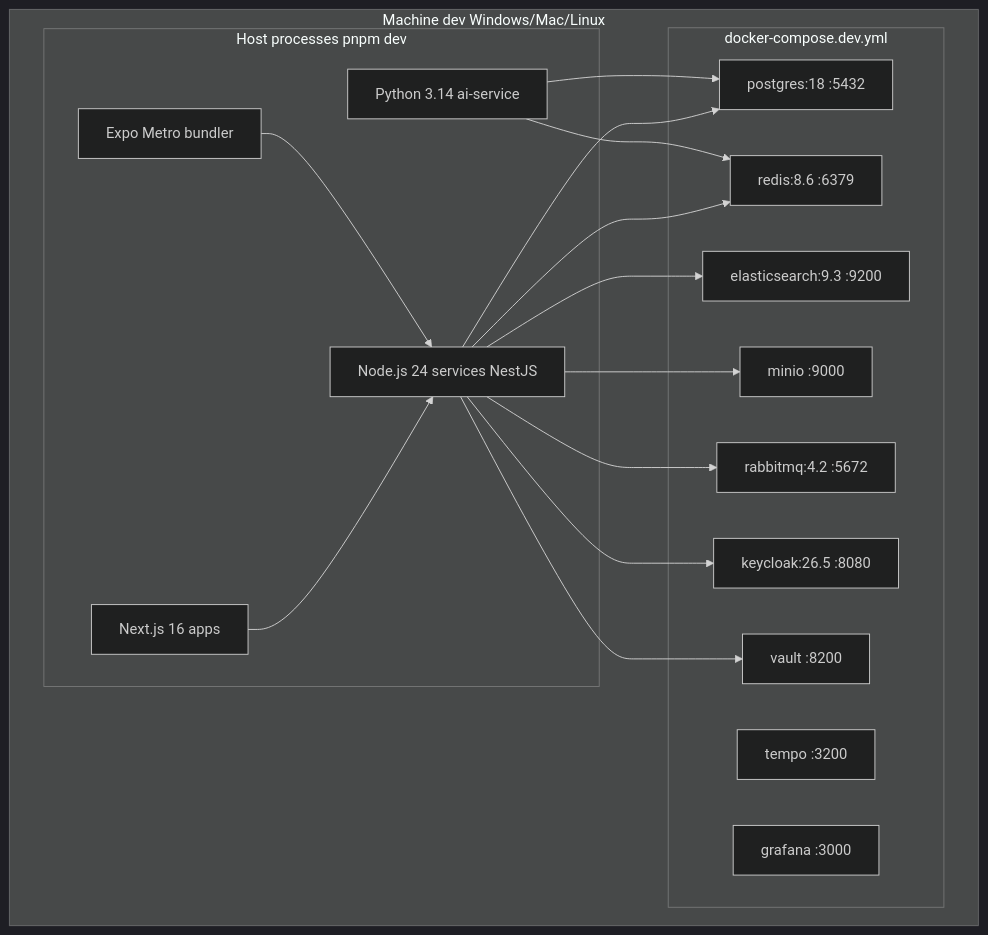
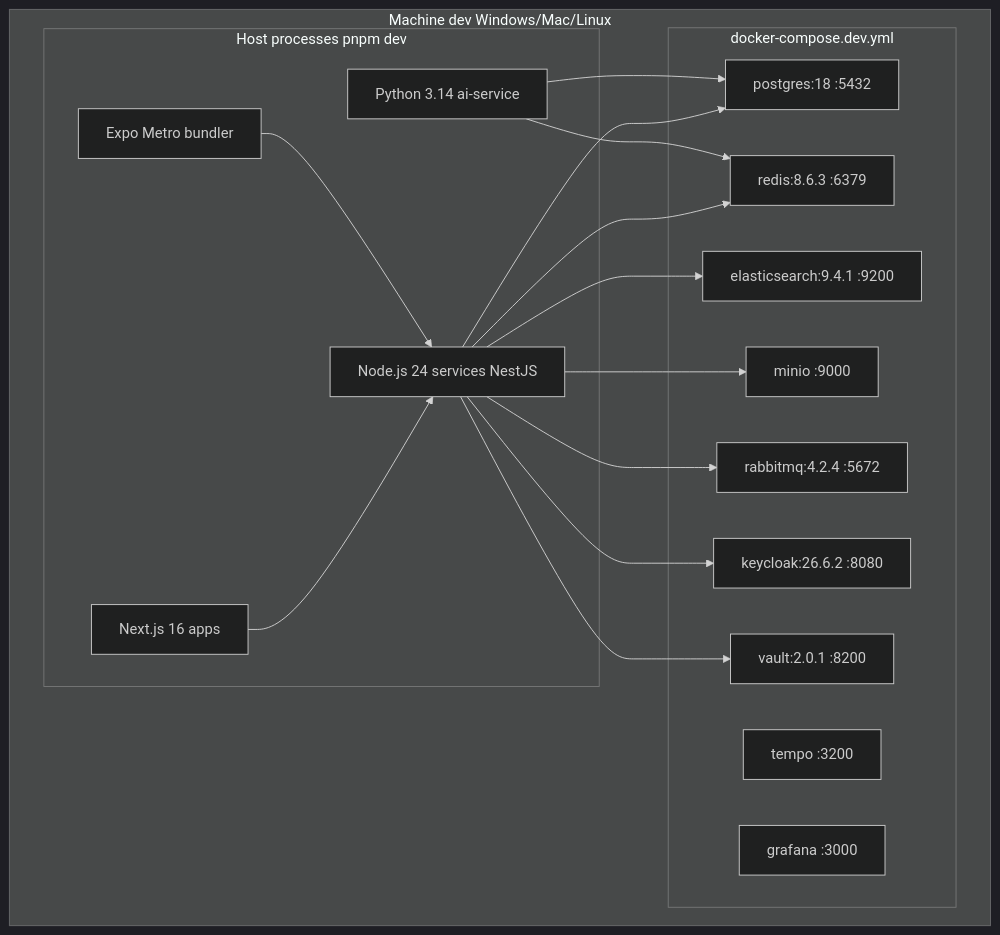
The ninth of 40 diagrams in docs/diagrams/99-DIAGRAMMES-MERMAID.md (TheManInPink/Session-Ete-2026), drawn with Mermaid (dark theme) before and after one commit. The commit also changed 12 other files, not shown here.

````diff
--- a/docs/diagrams/99-DIAGRAMMES-MERMAID.md
+++ b/docs/diagrams/99-DIAGRAMMES-MERMAID.md
@@ -631,34 +631,34 @@
 ```mermaid
 flowchart TB
     subgraph Laptop["Machine dev Windows/Mac/Linux"]
         subgraph Dc["docker-compose.dev.yml"]
             PgDev[postgres:18 :5432]
-            RedisDev[redis:8.6 :6379]
-            ElasticDev[elasticsearch:9.3 :9200]
+            RedisDev[redis:8.6.3 :6379]
+            ElasticDev[elasticsearch:9.4.1 :9200]
             MinioDev[minio :9000]
-            RmqDev[rabbitmq:4.2 :5672]
-            KcDev[keycloak:26.5 :8080]
-            VaultDev[vault :8200]
+            RmqDev[rabbitmq:4.2.4 :5672]
+            KcDev[keycloak:26.6.2 :8080]
+            VaultDev[vault:2.0.1 :8200]
             TempoDev[tempo :3200]
             GrafDev[grafana :3000]
         end
         subgraph Host["Host processes pnpm dev"]
             NodeProcs[Node.js 24 services NestJS]
             PythonProcs[Python 3.14 ai-service]
             NextProcs[Next.js 16 apps]
             ExpoProcs[Expo Metro bundler]
         end
     end
 
     NodeProcs --> PgDev
     NodeProcs --> RedisDev
     NodeProcs --> ElasticDev
     NodeProcs --> MinioDev
     NodeProcs --> RmqDev
     NodeProcs --> KcDev
     NodeProcs --> VaultDev
     PythonProcs --> PgDev
     PythonProcs --> RedisDev
     NextProcs --> NodeProcs
     ExpoProcs --> NodeProcs
 ```
````
